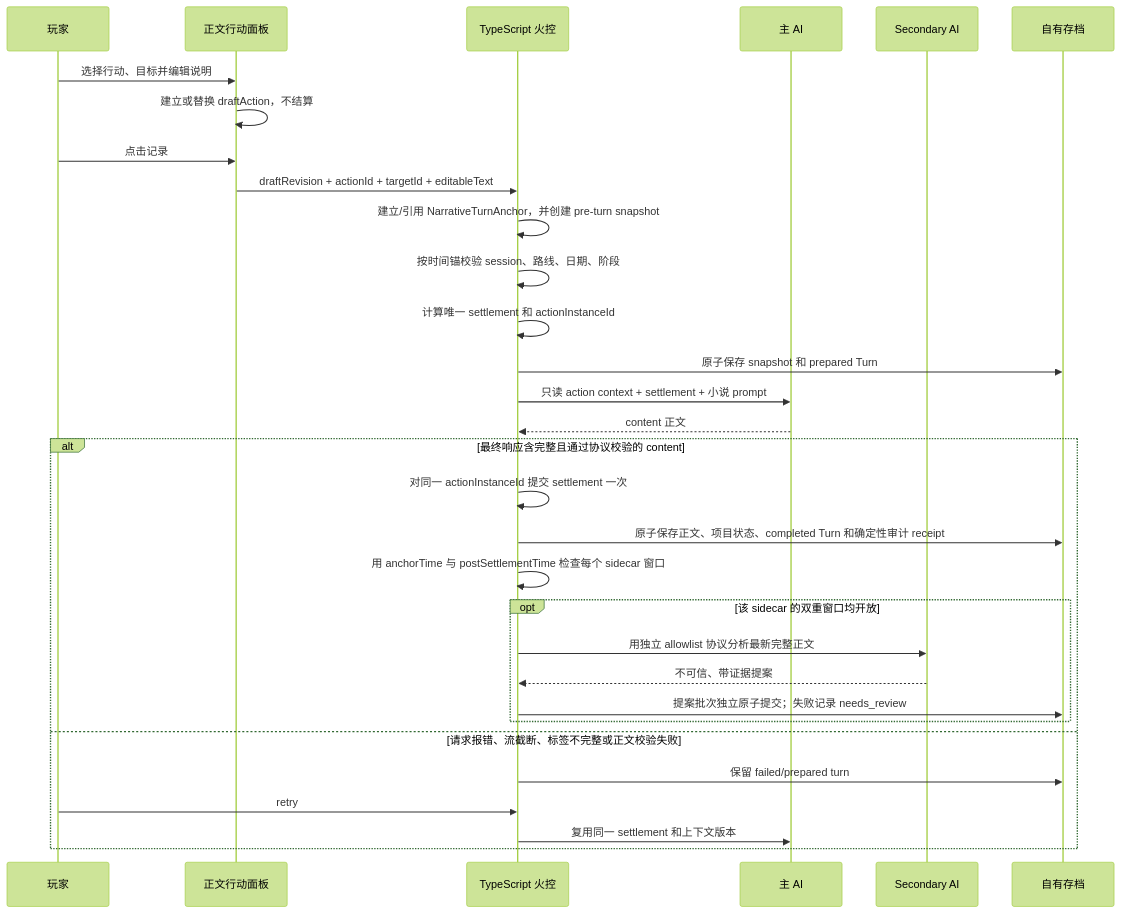
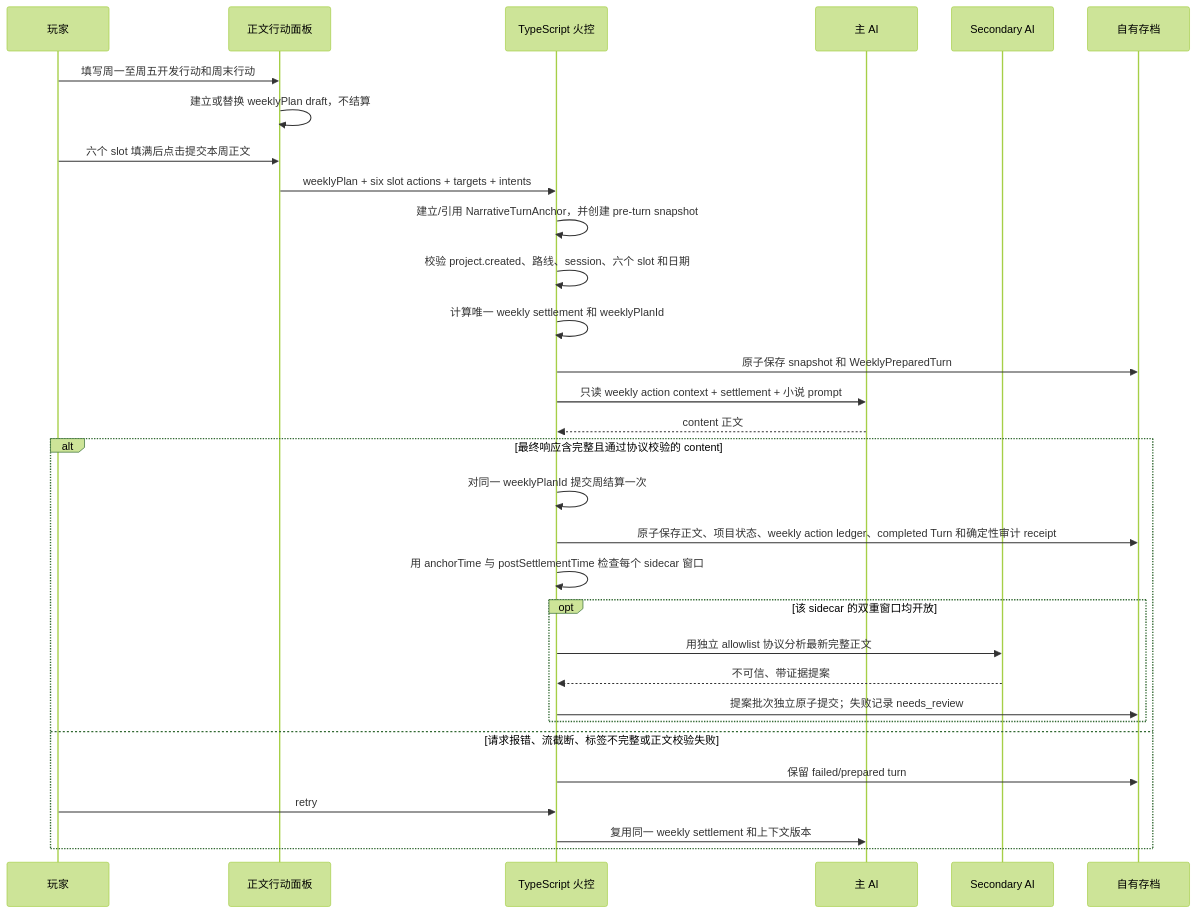
The third of 3 diagrams in docs/v07-game-development-architecture-handoff-v0.1.md (eriribot/islandmilfcode), drawn with Mermaid (forest theme) before and after one commit. The commit also changed other lines of this file and 4 other files, not shown here.

````diff
--- a/docs/v07-game-development-architecture-handoff-v0.1.md
+++ b/docs/v07-game-development-architecture-handoff-v0.1.md
@@ -511,34 +580,34 @@
 ```mermaid
 sequenceDiagram
     participant Player as 玩家
     participant UI as 正文行动面板
     participant TS as TypeScript 火控
     participant MainAI as 主 AI
     participant Sidecar as Secondary AI
     participant Save as 自有存档
 
-    Player->>UI: 选择行动、目标并编辑说明
-    UI->>UI: 建立或替换 draftAction，不结算
-    Player->>UI: 点击记录
-    UI->>TS: draftRevision + actionId + targetId + editableText
+    Player->>UI: 填写周一至周五开发行动和周末行动
+    UI->>UI: 建立或替换 weeklyPlan draft，不结算
+    Player->>UI: 六个 slot 填满后点击提交本周正文
+    UI->>TS: weeklyPlan + six slot actions + targets + intents
     TS->>TS: 建立/引用 NarrativeTurnAnchor，并创建 pre-turn snapshot
-    TS->>TS: 按时间锚校验 session、路线、日期、阶段
-    TS->>TS: 计算唯一 settlement 和 actionInstanceId
-    TS->>Save: 原子保存 snapshot 和 prepared Turn
-    TS->>MainAI: 只读 action context + settlement + 小说 prompt
+    TS->>TS: 校验 project.created、路线、session、六个 slot 和日期
+    TS->>TS: 计算唯一 weekly settlement 和 weeklyPlanId
+    TS->>Save: 原子保存 snapshot 和 WeeklyPreparedTurn
+    TS->>MainAI: 只读 weekly action context + settlement + 小说 prompt
     MainAI-->>TS: content 正文
     alt 最终响应含完整且通过协议校验的 content
-        TS->>TS: 对同一 actionInstanceId 提交 settlement 一次
-        TS->>Save: 原子保存正文、项目状态、completed Turn 和确定性审计 receipt
+        TS->>TS: 对同一 weeklyPlanId 提交周结算一次
+        TS->>Save: 原子保存正文、项目状态、weekly action ledger、completed Turn 和确定性审计 receipt
         TS->>TS: 用 anchorTime 与 postSettlementTime 检查每个 sidecar 窗口
         opt 该 sidecar 的双重窗口均开放
             TS->>Sidecar: 用独立 allowlist 协议分析最新完整正文
             Sidecar-->>TS: 不可信、带证据提案
             TS->>Save: 提案批次独立原子提交；失败记录 needs_review
         end
     else 请求报错、流截断、标签不完整或正文校验失败
         TS->>Save: 保留 failed/prepared turn
         Player->>TS: retry
-        TS->>MainAI: 复用同一 settlement 和上下文版本
+        TS->>MainAI: 复用同一 weekly settlement 和上下文版本
     end
 ```
````
